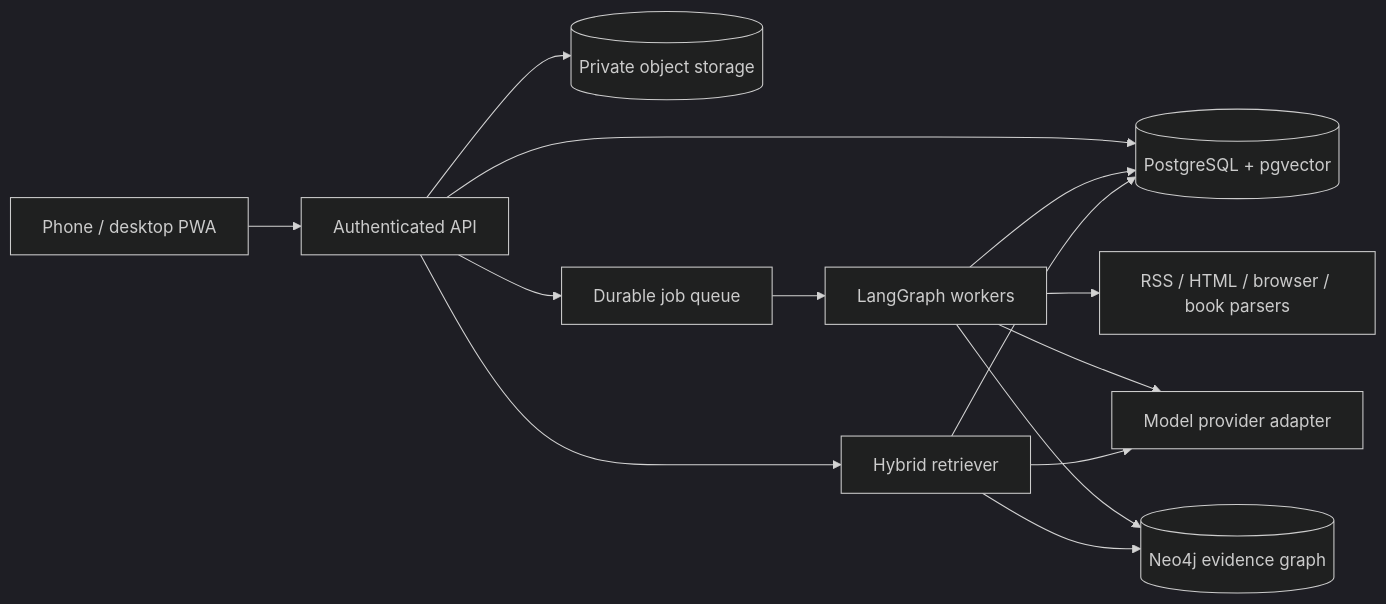
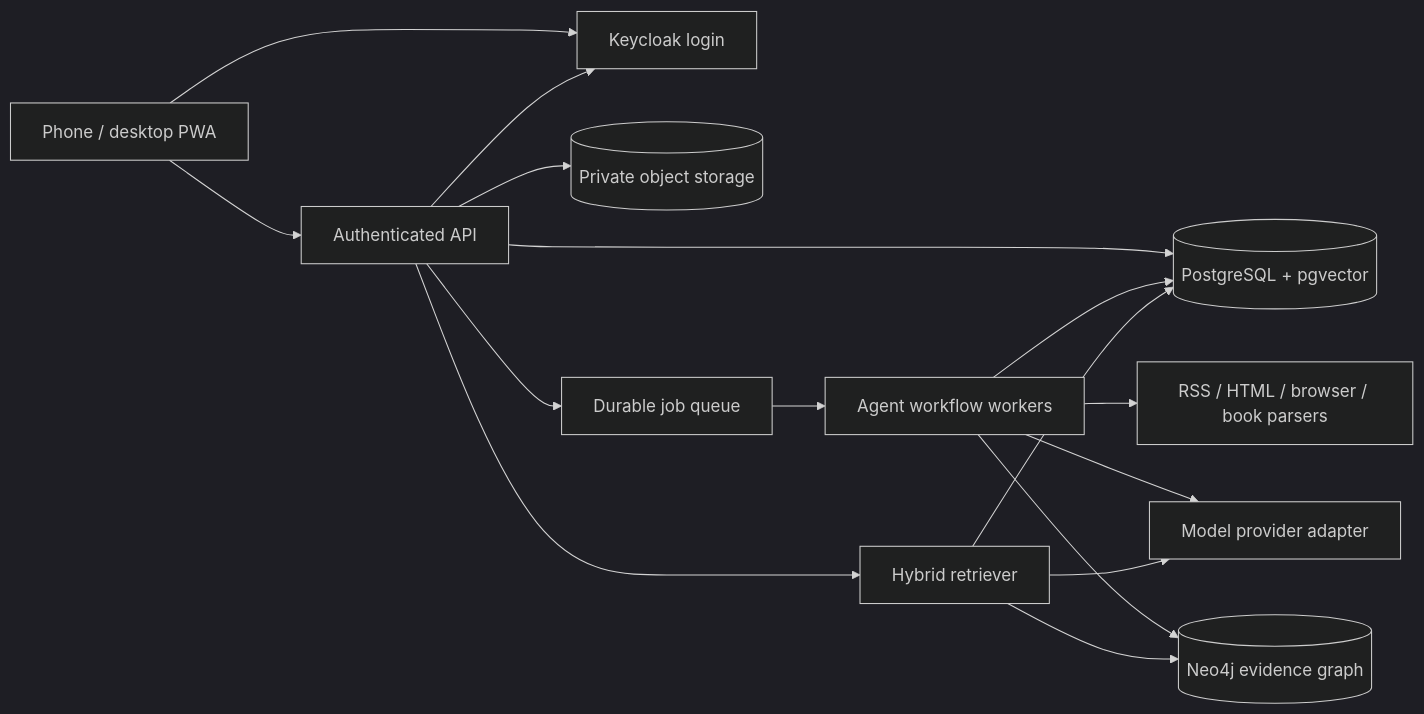
The diagram in docs/architecture.md (swapnilgaware/knowledge-base-application), drawn with Mermaid (dark theme) before and after one commit. The commit also changed other lines of this file and 28 other files, not shown here.

Commit message:
Add Java 25 JPA backend and Keycloak login with demo users

````diff
--- a/docs/architecture.md
+++ b/docs/architecture.md
@@ -5,16 +5,18 @@
 ```mermaid
 flowchart LR
   UI[Phone / desktop PWA] --> API[Authenticated API]
+  UI --> KC[Keycloak login]
+  API --> KC
   API --> DB[(PostgreSQL + pgvector)]
   API --> OBJ[(Private object storage)]
   API --> JOBS[Durable job queue]
-  JOBS --> WORK[LangGraph workers]
+  JOBS --> WORK[Agent workflow workers]
   WORK --> TOOLS[RSS / HTML / browser / book parsers]
   WORK --> MODEL[Model provider adapter]
   WORK --> DB
   WORK --> GRAPH[(Neo4j evidence graph)]
   API --> RET[Hybrid retriever]
   RET --> DB
   RET --> GRAPH
   RET --> MODEL
 ```
````
